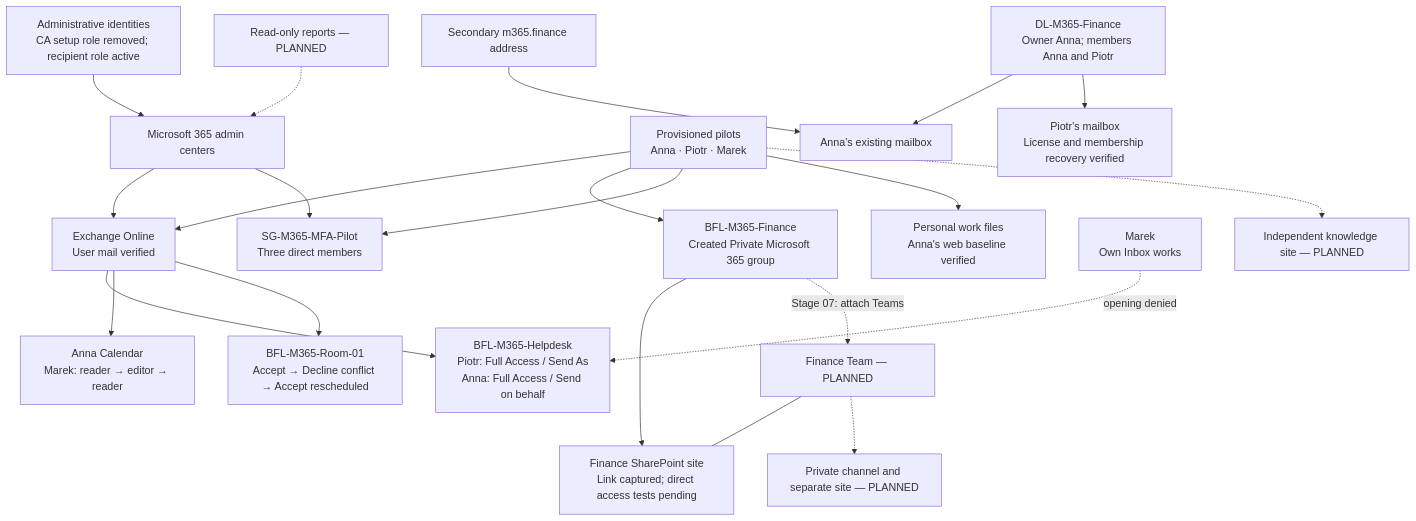
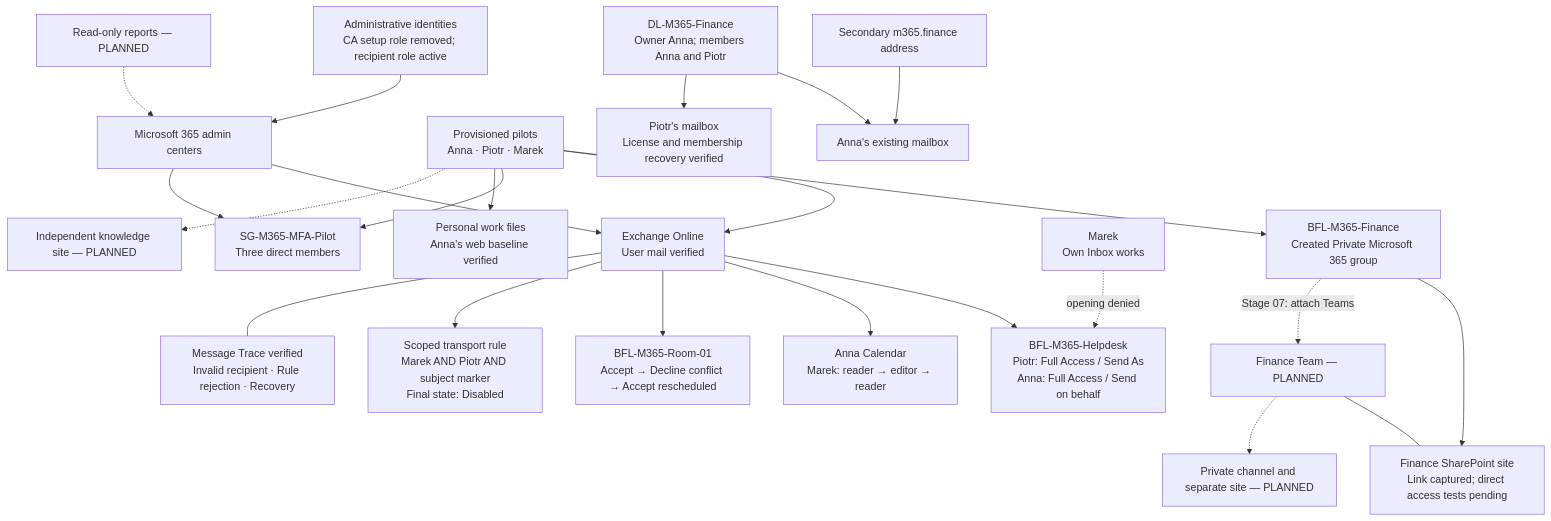
The diagram in docs/architecture.md (krzysztof-szot/m365-administration-support-project), drawn with Mermaid before and after one commit. The commit also changed other lines of this file and 21 other files, not shown here.

Commit message:
Document Day 05: NDR diagnosis, scoped rule control and delivery recovery

````diff
--- a/docs/architecture.md
+++ b/docs/architecture.md
@@ -5,23 +5,25 @@
 ```mermaid
 flowchart TB
     Admin["Administrative identities<br/>CA setup role removed; recipient role active"] --> Portal["Microsoft 365 admin centers"]
     Users["Provisioned pilots<br/>Anna · Piotr · Marek"] --> Exchange["Exchange Online<br/>User mail verified"]
     FinanceAlias["Secondary m365.finance address"] --> Anna["Anna's existing mailbox"]
     DL["DL-M365-Finance<br/>Owner Anna; members Anna and Piotr"] --> Anna
     DL --> Piotr["Piotr's mailbox<br/>License and membership recovery verified"]
     Group["BFL-M365-Finance<br/>Created Private Microsoft 365 group"] --> Parent["Finance SharePoint site<br/>Link captured; direct access tests pending"]
     Group -. "Stage 07: attach Teams" .-> Team["Finance Team — PLANNED"]
     Team --- Parent
     Team -.-> Private["Private channel and separate site — PLANNED"]
     Users --> Group
     Users --> MFA["SG-M365-MFA-Pilot<br/>Three direct members"]
     Portal --> Exchange
     Portal --> MFA
     Users --> OneDrive["Personal work files<br/>Anna's web baseline verified"]
     Exchange --> Helpdesk["BFL-M365-Helpdesk<br/>Piotr: Full Access / Send As<br/>Anna: Full Access / Send on behalf"]
     Marek["Marek<br/>Own Inbox works"] -. "opening denied" .-> Helpdesk
     Exchange --> Calendar["Anna Calendar<br/>Marek: reader → editor → reader"]
     Exchange --> Room["BFL-M365-Room-01<br/>Accept → Decline conflict → Accept rescheduled"]
+    Exchange --> Rule["Scoped transport rule<br/>Marek AND Piotr AND subject marker<br/>Final state: Disabled"]
+    Exchange --- Trace["Message Trace verified<br/>Invalid recipient · Rule rejection · Recovery"]
     Users -.-> Knowledge["Independent knowledge site — PLANNED"]
     Reports["Read-only reports — PLANNED"] -.-> Portal
 ```
````
